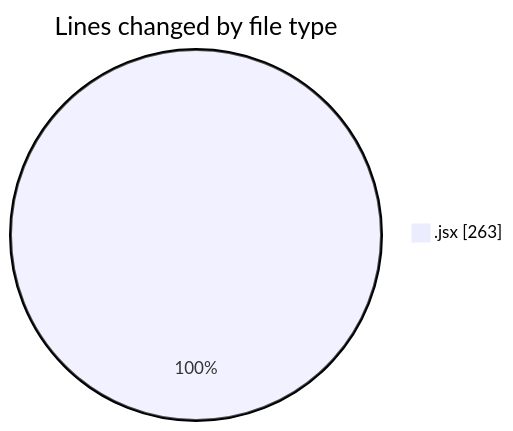
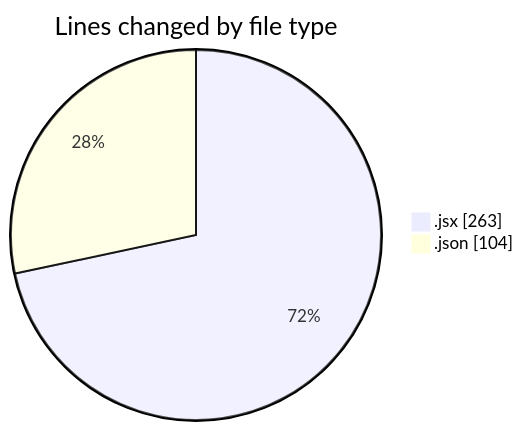
The first of 2 diagrams in 2025-05-19/cda/README.md (momahboobian/code-tracking), drawn with Mermaid before and after one commit. The commit also changed other lines of this file and 1 other file, not shown here.

````diff
--- a/2025-05-19/cda/README.md
+++ b/2025-05-19/cda/README.md
@@ -20,5 +21,6 @@
 ```mermaid
 pie showData
 title Lines changed by file type
 ".jsx" : 263
+".json" : 104
 ```
````
